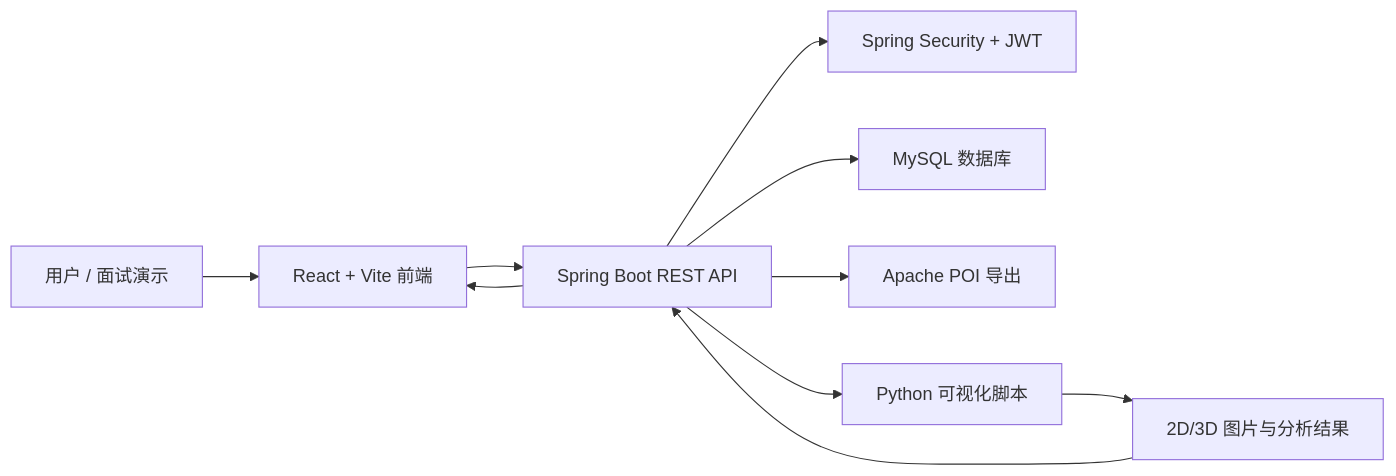
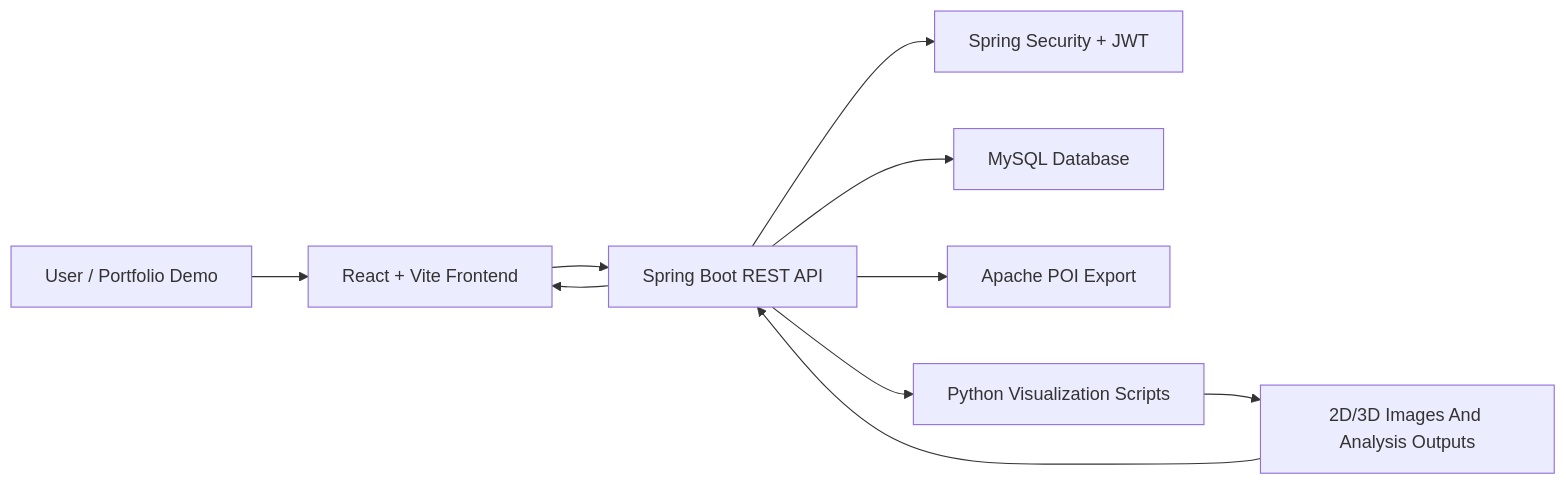
One commit to KFgituser/High-Speed-Rail-Defect-System changed the diagram in docs/architecture.md. Above: the diagram before and after it, drawn with Mermaid. The commit also changed other lines of this file and 3 other files, not shown here.

````diff
--- a/docs/architecture.md
+++ b/docs/architecture.md
@@ -3,12 +3,12 @@
 ```mermaid
 flowchart LR
-  User["用户 / 面试演示"] --> Frontend["React + Vite 前端"]
+  User["User / Portfolio Demo"] --> Frontend["React + Vite Frontend"]
   Frontend --> API["Spring Boot REST API"]
   API --> Auth["Spring Security + JWT"]
-  API --> DB["MySQL 数据库"]
-  API --> Export["Apache POI 导出"]
-  API --> Python["Python 可视化脚本"]
-  Python --> Output["2D/3D 图片与分析结果"]
+  API --> DB["MySQL Database"]
+  API --> Export["Apache POI Export"]
+  API --> Python["Python Visualization Scripts"]
+  Python --> Output["2D/3D Images And Analysis Outputs"]
   Output --> API
   API --> Frontend
 ```
````
